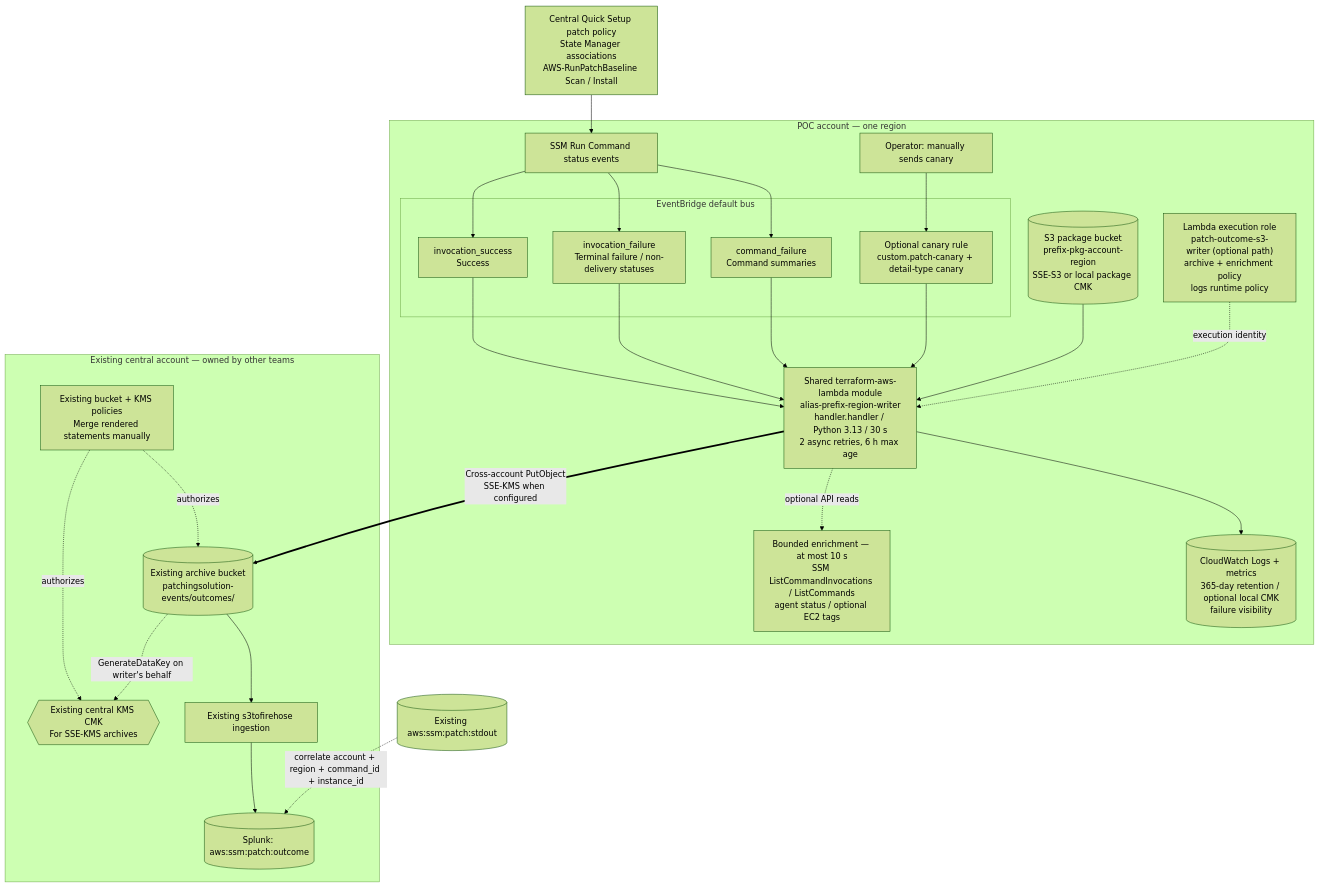
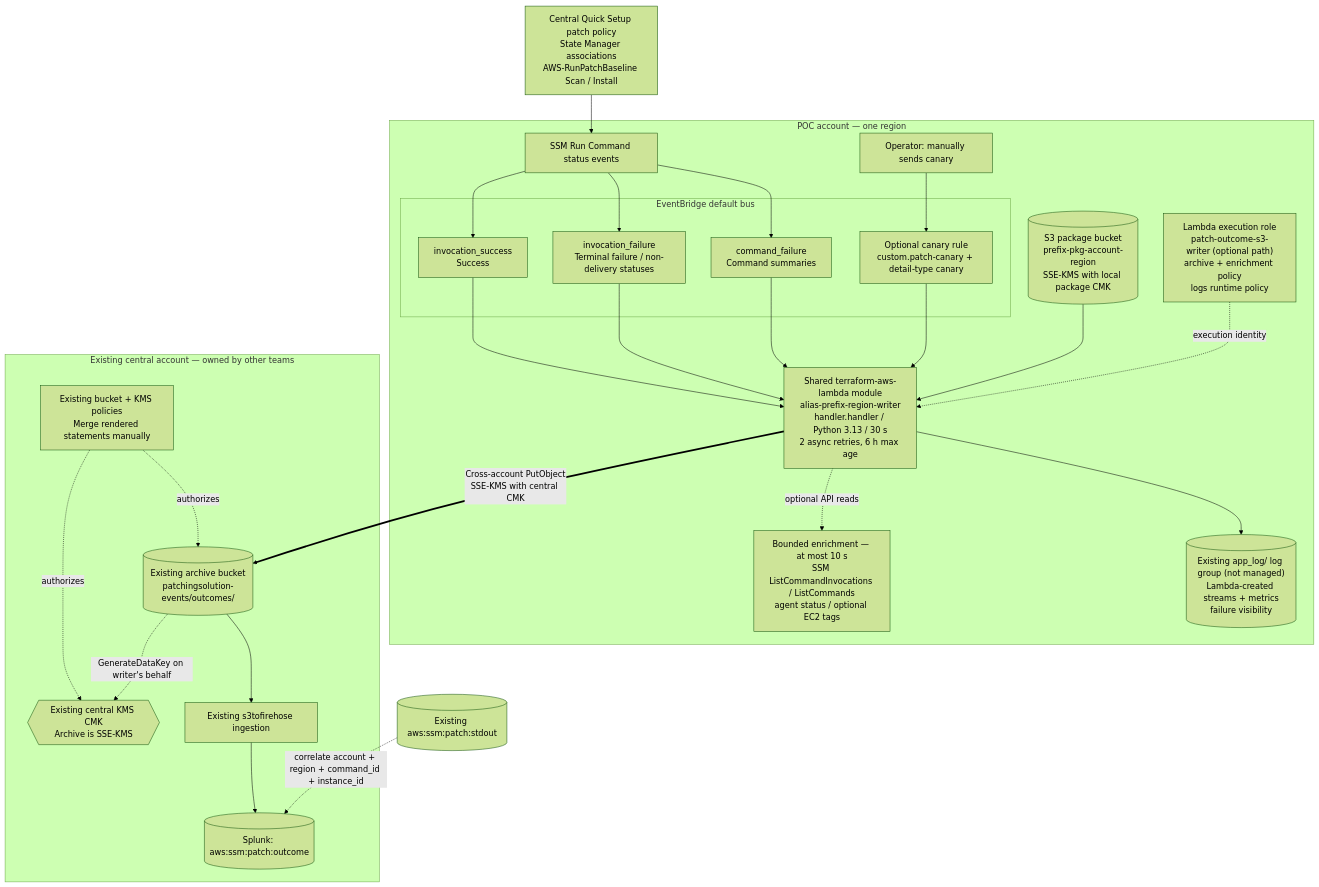
One commit to PrasanthDevops339/AWS-Terraform-Playground changed the diagram in patching-failure/ARCHITECTURE.md. Above: the diagram before and after it, drawn with Mermaid (forest theme). The commit also changed other lines of this file and 11 other files, not shown here.

````diff
--- a/patching-failure/ARCHITECTURE.md
+++ b/patching-failure/ARCHITECTURE.md
@@ -8,40 +8,40 @@
 ```mermaid
 flowchart TB
     QS["Central Quick Setup patch policy<br/>State Manager associations<br/>AWS-RunPatchBaseline Scan / Install"]
     subgraph ACCOUNT["POC account — one region"]
         ROLE["Lambda execution role<br/>patch-outcome-s3-writer (optional path)<br/>archive + enrichment policy<br/>logs runtime policy"]
         SSM["SSM Run Command status events"]
         subgraph BUS["EventBridge default bus"]
             R1["invocation_success<br/>Success"]
             R2["invocation_failure<br/>Terminal failure / non-delivery statuses"]
             R3["command_failure<br/>Command summaries"]
             RC["Optional canary rule<br/>custom.patch-canary + detail-type canary"]
         end
         CLI["Operator: manually sends canary"]
         FN["Shared terraform-aws-lambda module<br/>alias-prefix-region-writer<br/>handler.handler / Python 3.13 / 30 s<br/>2 async retries, 6 h max age"]
-        PKG[("S3 package bucket<br/>prefix-pkg-account-region<br/>SSE-S3 or local package CMK")]
+        PKG[("S3 package bucket<br/>prefix-pkg-account-region<br/>SSE-KMS with local package CMK")]
         READS["Bounded enrichment — at most 10 s<br/>SSM ListCommandInvocations / ListCommands<br/>agent status / optional EC2 tags"]
-        LOGS[("CloudWatch Logs + metrics<br/>365-day retention / optional local CMK<br/>failure visibility")]
+        LOGS[("Existing app_log/ log group (not managed)<br/>Lambda-created streams + metrics<br/>failure visibility")]
         SSM --> R1 & R2 & R3
         R1 & R2 & R3 --> FN
         CLI --> RC --> FN
         FN --> LOGS
         FN -. optional API reads .-> READS
         PKG --> FN
         ROLE -. execution identity .-> FN
     end
     subgraph CENTRAL["Existing central account — owned by other teams"]
         POLICY["Existing bucket + KMS policies<br/>Merge rendered statements manually"]
         BUCKET[("Existing archive bucket<br/>patchingsolution-events/outcomes/")]
-        KEY{{"Existing central KMS CMK<br/>For SSE-KMS archives"}}
+        KEY{{"Existing central KMS CMK<br/>Archive is SSE-KMS"}}
         INGEST["Existing s3tofirehose ingestion"]
         SPLUNK[("Splunk: aws:ssm:patch:outcome")]
         POLICY -. authorizes .-> BUCKET
         POLICY -. authorizes .-> KEY
         BUCKET -. GenerateDataKey on writer's behalf .-> KEY
         BUCKET --> INGEST --> SPLUNK
     end
     QS --> SSM
-    FN ==>|"Cross-account PutObject<br/>SSE-KMS when configured"| BUCKET
+    FN ==>|"Cross-account PutObject<br/>SSE-KMS with central CMK"| BUCKET
     STDOUT[("Existing aws:ssm:patch:stdout")] -. "correlate account + region + command_id + instance_id" .-> SPLUNK
 ```
````
